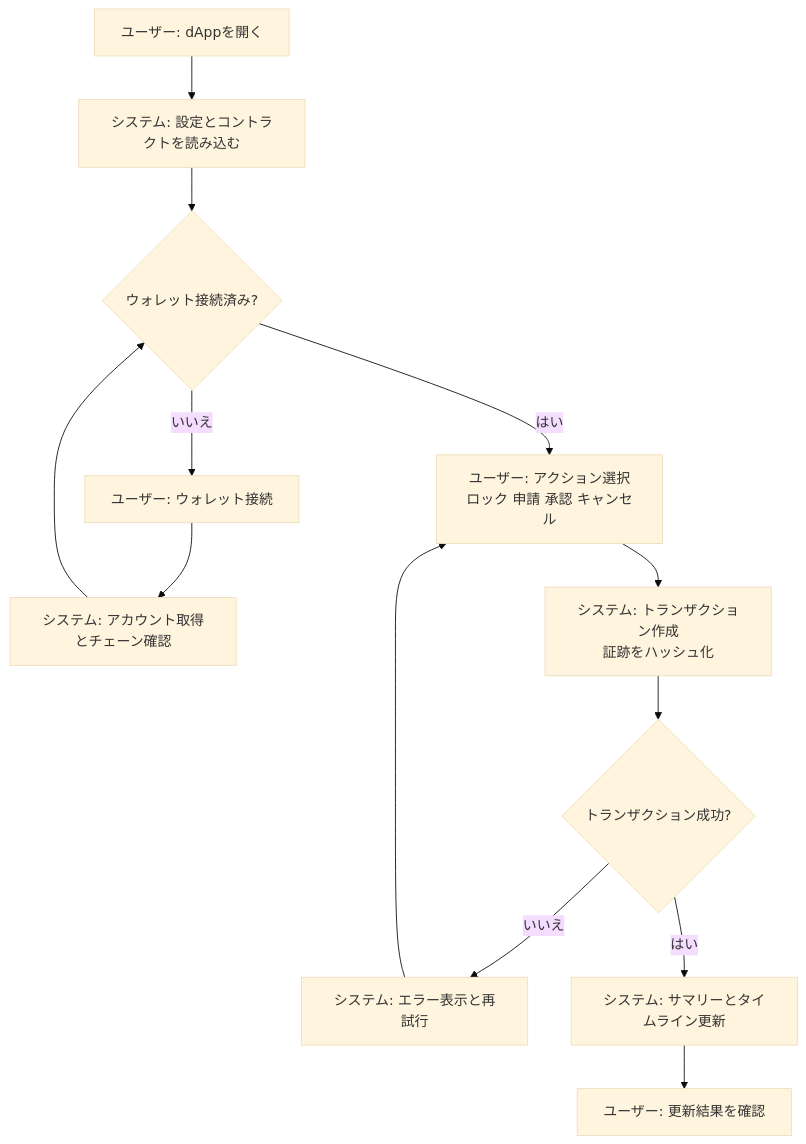
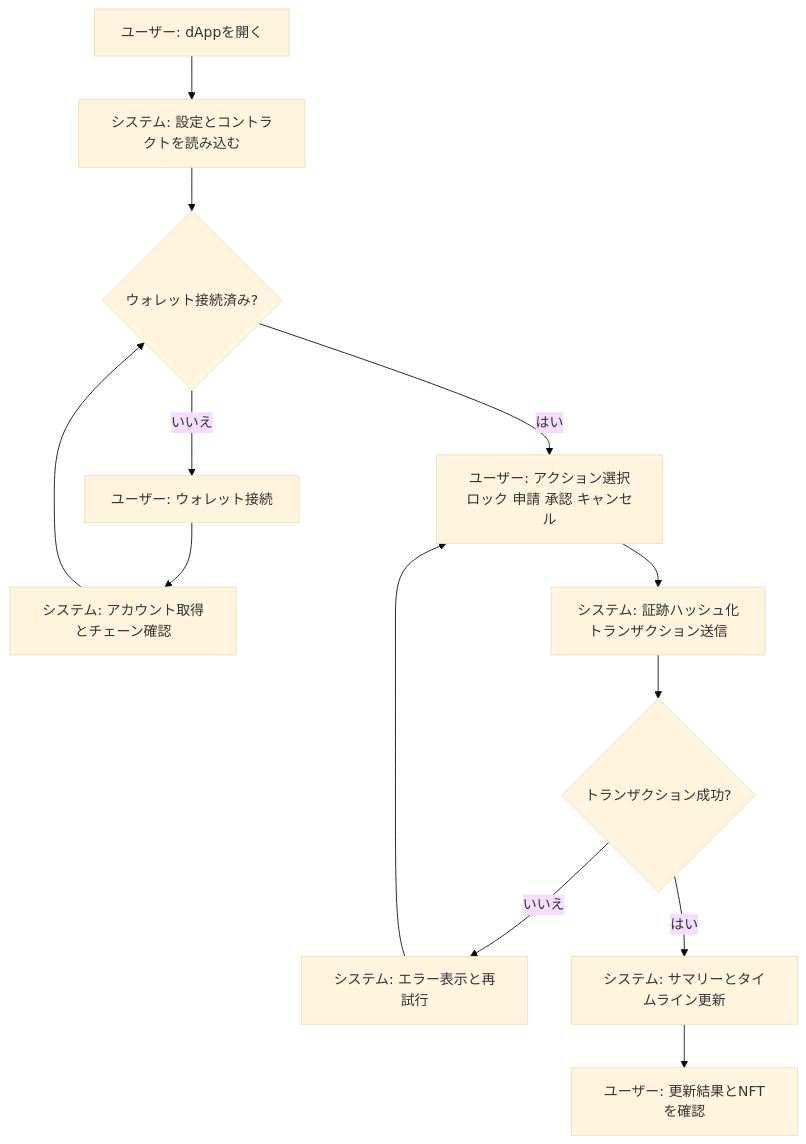
The first of 2 diagrams in README.md (usagi917/B2B_payment), drawn with Mermaid (base theme) before and after one commit. The commit also changed other lines of this file and 12 other files, not shown here.

````diff
--- a/README.md
+++ b/README.md
@@ -81,15 +80,15 @@
 ```mermaid
 graph TD
   A[ユーザー: dAppを開く] --> B[システム: 設定とコントラクトを読み込む]
   B --> C{ウォレット接続済み?}
   C -->|いいえ| D[ユーザー: ウォレット接続]
   D --> E[システム: アカウント取得とチェーン確認]
   E --> C
   C -->|はい| F[ユーザー: アクション選択<br/>ロック 申請 承認 キャンセル]
-  F --> G[システム: トランザクション作成<br/>証跡をハッシュ化]
+  F --> G[システム: 証跡ハッシュ化<br/>トランザクション送信]
   G --> H{トランザクション成功?}
   H -->|いいえ| I[システム: エラー表示と再試行]
   I --> F
   H -->|はい| J[システム: サマリーとタイムライン更新]
-  J --> K[ユーザー: 更新結果を確認]
+  J --> K[ユーザー: 更新結果とNFTを確認]
 ```
````
